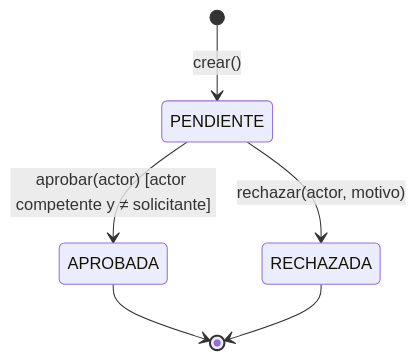
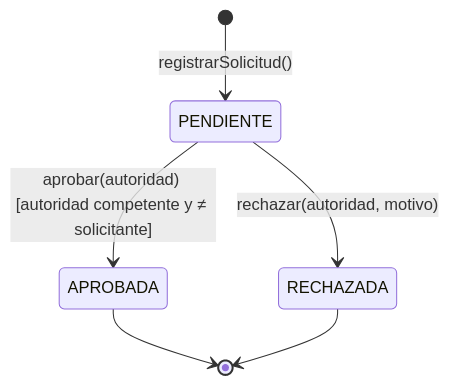
One commit to JaiderSoto07/kudos-backend changed the fourth of 14 diagrams in documentacion/docs/06-diagramas-comportamiento/README.md. Above: the diagram before and after it, drawn with Mermaid. The commit also changed other lines of this file and 143 other files, not shown here.

````diff
--- a/documentacion/docs/06-diagramas-comportamiento/README.md
+++ b/documentacion/docs/06-diagramas-comportamiento/README.md
@@ -107,8 +107,8 @@
 ```mermaid
 stateDiagram-v2
-    [*] --> PENDIENTE : crear()
-    PENDIENTE --> APROBADA : aprobar(actor) [actor competente y ≠ solicitante]
-    PENDIENTE --> RECHAZADA : rechazar(actor, motivo)
+    [*] --> PENDIENTE : registrarSolicitud()
+    PENDIENTE --> APROBADA : aprobar(autoridad) [autoridad competente y ≠ solicitante]
+    PENDIENTE --> RECHAZADA : rechazar(autoridad, motivo)
     APROBADA --> [*]
     RECHAZADA --> [*]
 ```
````
